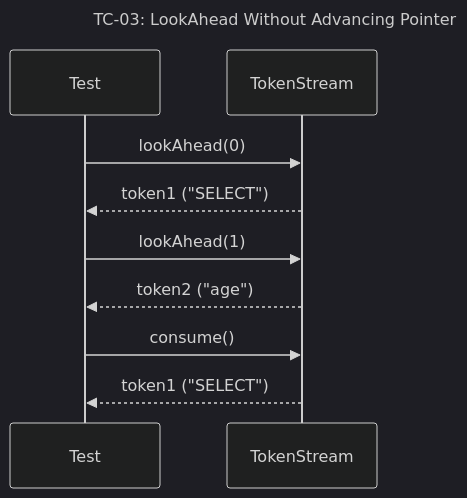
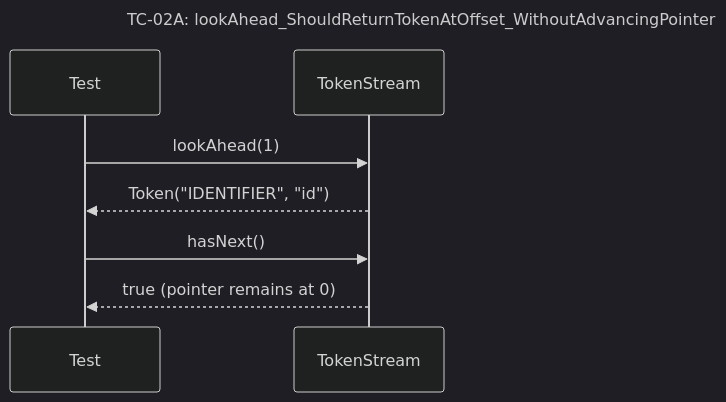
One commit to Dikhang1112/Database_Management_BBV changed the eighth of 41 diagrams in docs/unit_test/query_prossor/SequeceTestCase.md. Above: the diagram before and after it, drawn with Mermaid (dark theme). The commit also changed other lines of this file and 6 other files, not shown here.

Commit message:
Add docs sequece diagram and scenario testcase

````diff
--- a/docs/unit_test/query_prossor/SequeceTestCase.md
+++ b/docs/unit_test/query_prossor/SequeceTestCase.md
@@ -43,13 +103,11 @@
 ```mermaid
 sequenceDiagram
-    title TC-03: LookAhead Without Advancing Pointer
+    title TC-02A: lookAhead_ShouldReturnTokenAtOffset_WithoutAdvancingPointer
     participant Test
     participant TokenStream
 
-    Test->>TokenStream: lookAhead(0)
-    TokenStream-->>Test: token1 ("SELECT")
     Test->>TokenStream: lookAhead(1)
-    TokenStream-->>Test: token2 ("age")
-    Test->>TokenStream: consume()
-    TokenStream-->>Test: token1 ("SELECT")
+    TokenStream-->>Test: Token("IDENTIFIER", "id")
+    Test->>TokenStream: hasNext()
+    TokenStream-->>Test: true (pointer remains at 0)
 ```
````
